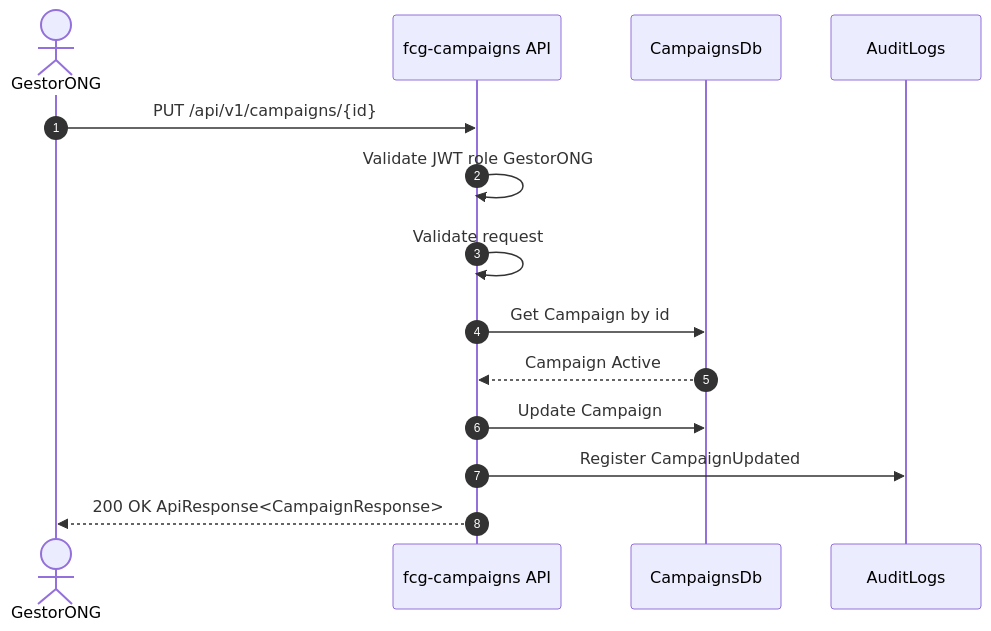
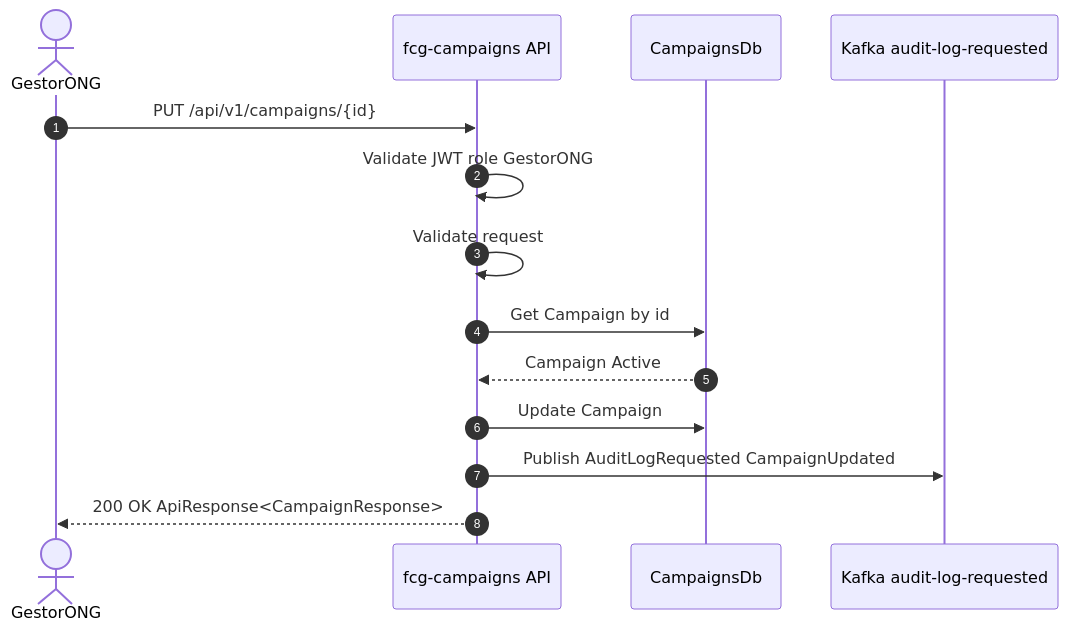
One commit to group10-tc-01/fcs-fase05-docs changed diagram 11 of 30 in architecture/endpoint-flows.md. Above: the diagram before and after it, drawn with Mermaid. The commit also changed other lines of this file and 15 other files, not shown here.

````diff
--- a/architecture/endpoint-flows.md
+++ b/architecture/endpoint-flows.md
@@ -213,17 +213,17 @@
 ```mermaid
 sequenceDiagram
     autonumber
     actor Manager as GestorONG
     participant CampaignsApi as fcg-campaigns API
     participant CampaignsDb as CampaignsDb
-    participant Audit as AuditLogs
+    participant AuditKafka as Kafka audit-log-requested
 
     Manager->>CampaignsApi: PUT /api/v1/campaigns/{id}
     CampaignsApi->>CampaignsApi: Validate JWT role GestorONG
     CampaignsApi->>CampaignsApi: Validate request
     CampaignsApi->>CampaignsDb: Get Campaign by id
     CampaignsDb-->>CampaignsApi: Campaign Active
     CampaignsApi->>CampaignsDb: Update Campaign
-    CampaignsApi->>Audit: Register CampaignUpdated
+    CampaignsApi->>AuditKafka: Publish AuditLogRequested CampaignUpdated
     CampaignsApi-->>Manager: 200 OK ApiResponse<CampaignResponse>
 ```
````
